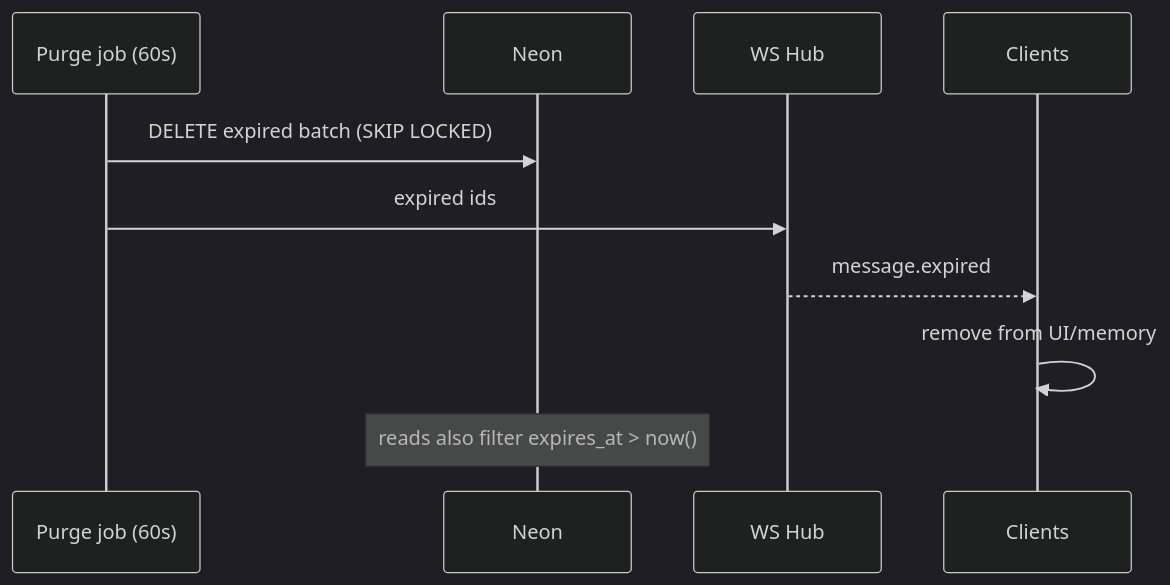
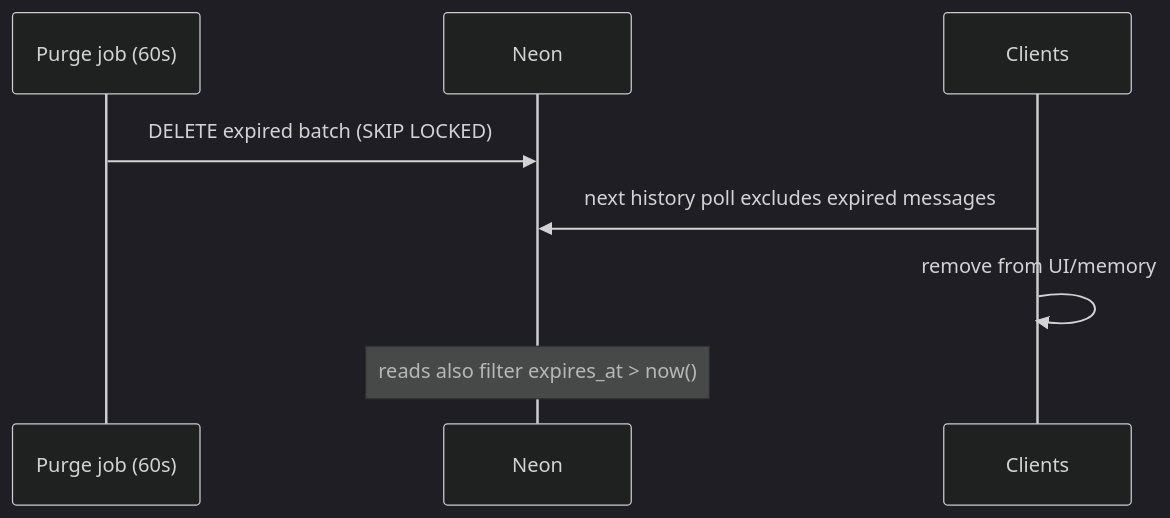
The fifth of 5 diagrams in docs/System_Design.md (Silicon-Brains/chat-control), drawn with Mermaid (dark theme) before and after one commit. The commit also changed other lines of this file and 57 other files, not shown here.

````diff
--- a/docs/System_Design.md
+++ b/docs/System_Design.md
@@ -159,12 +154,10 @@
 ```mermaid
 sequenceDiagram
   participant J as Purge job (60s)
   participant DB as Neon
-  participant WS as WS Hub
   participant C as Clients
   J->>DB: DELETE expired batch (SKIP LOCKED)
-  J->>WS: expired ids
-  WS-->>C: message.expired
+  C->>DB: next history poll excludes expired messages
   C->>C: remove from UI/memory
   Note over DB: reads also filter expires_at > now()
 ```
````
